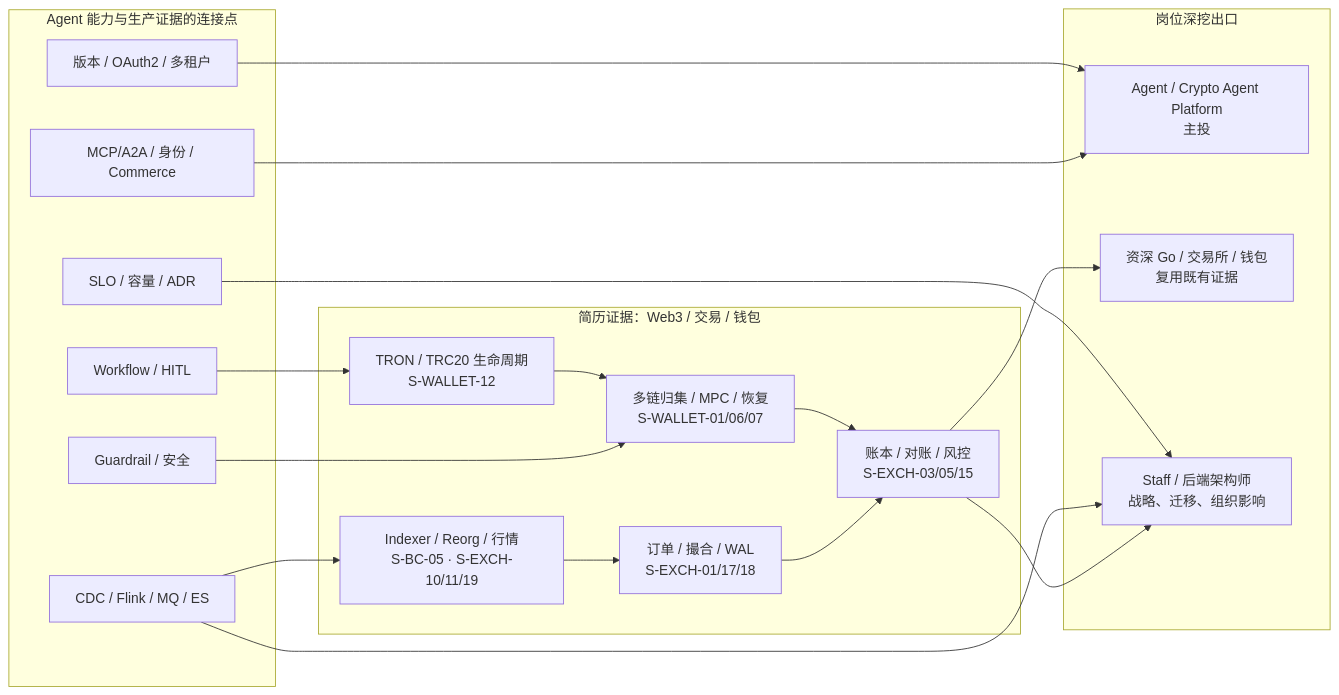
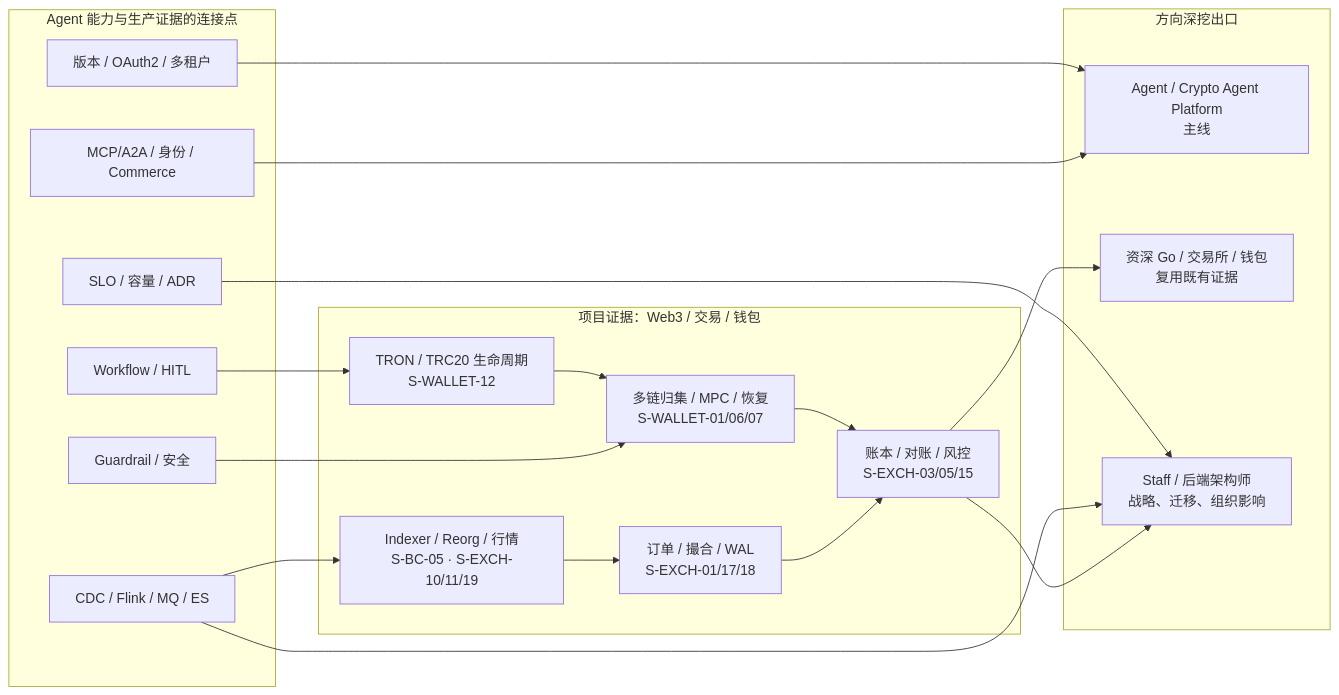
The second of 2 diagrams in docs/interview/_meta/p0-knowledge-graph.md (twodog-tt/Golang-development-manual), drawn with Mermaid before and after one commit. The commit also changed other lines of this file and 23 other files, not shown here.

````diff
--- a/docs/interview/_meta/p0-knowledge-graph.md
+++ b/docs/interview/_meta/p0-knowledge-graph.md
@@ -100,37 +100,37 @@
 ```mermaid
 flowchart LR
   subgraph Bridge["Agent 能力与生产证据的连接点"]
     Workflow["Workflow / HITL"]
     Guardrail["Guardrail / 安全"]
     Data["CDC / Flink / MQ / ES"]
     Platform["版本 / OAuth2 / 多租户"]
     Economy["MCP/A2A / 身份 / Commerce"]
     Architecture["SLO / 容量 / ADR"]
   end
 
-  subgraph C["简历证据：Web3 / 交易 / 钱包"]
+  subgraph C["项目证据：Web3 / 交易 / 钱包"]
     C1["TRON / TRC20 生命周期<br/>S-WALLET-12"]
     C2["多链归集 / MPC / 恢复<br/>S-WALLET-01/06/07"]
     C3["Indexer / Reorg / 行情<br/>S-BC-05 · S-EXCH-10/11/19"]
     C4["订单 / 撮合 / WAL<br/>S-EXCH-01/17/18"]
     C5["账本 / 对账 / 风控<br/>S-EXCH-03/05/15"]
     C1 --> C2 --> C5
     C3 --> C4 --> C5
   end
 
-  subgraph D["岗位深挖出口"]
-    D1["Agent / Crypto Agent Platform<br/>主投"]
+  subgraph D["方向深挖出口"]
+    D1["Agent / Crypto Agent Platform<br/>主线"]
     D2["资深 Go / 交易所 / 钱包<br/>复用既有证据"]
     D3["Staff / 后端架构师<br/>战略、迁移、组织影响"]
   end
 
   Workflow --> C1
   Guardrail --> C2
   Data --> C3
   Platform --> D1
   Economy --> D1
   C5 --> D2
   Architecture --> D3
   Data --> D3
   C5 --> D3
 ```
````
